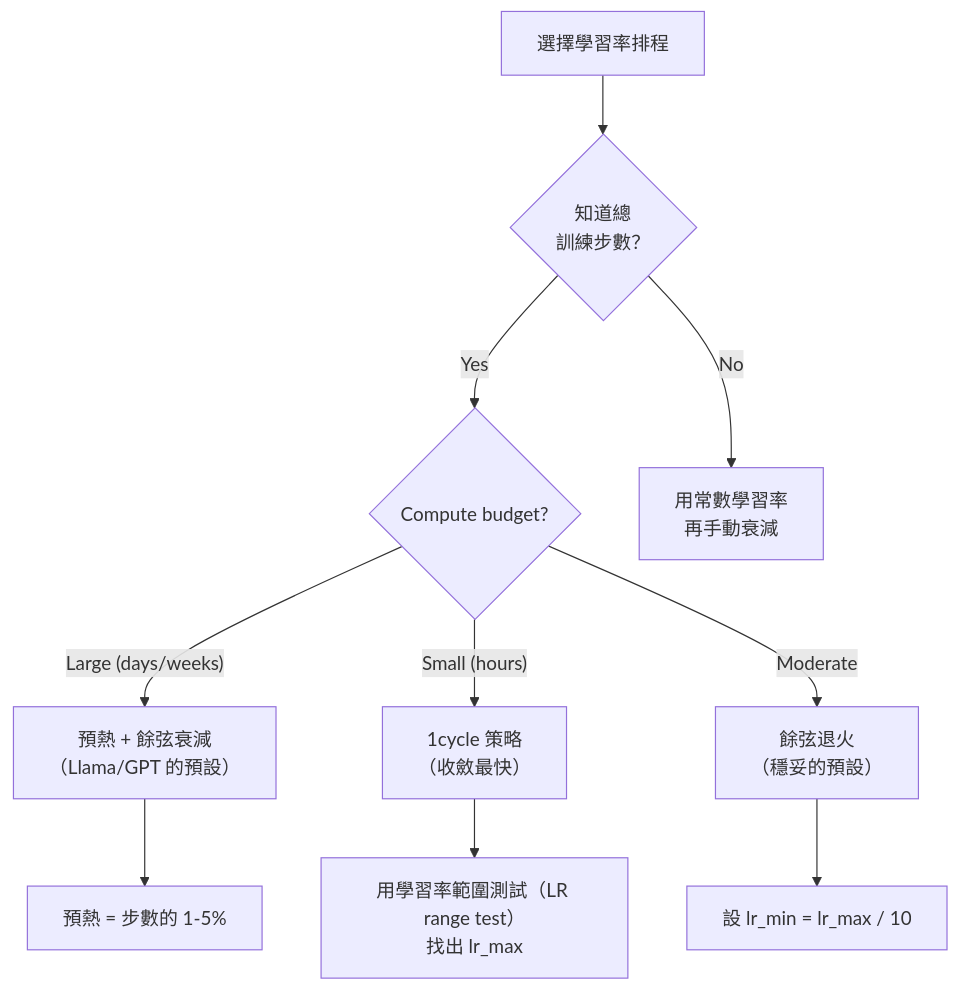
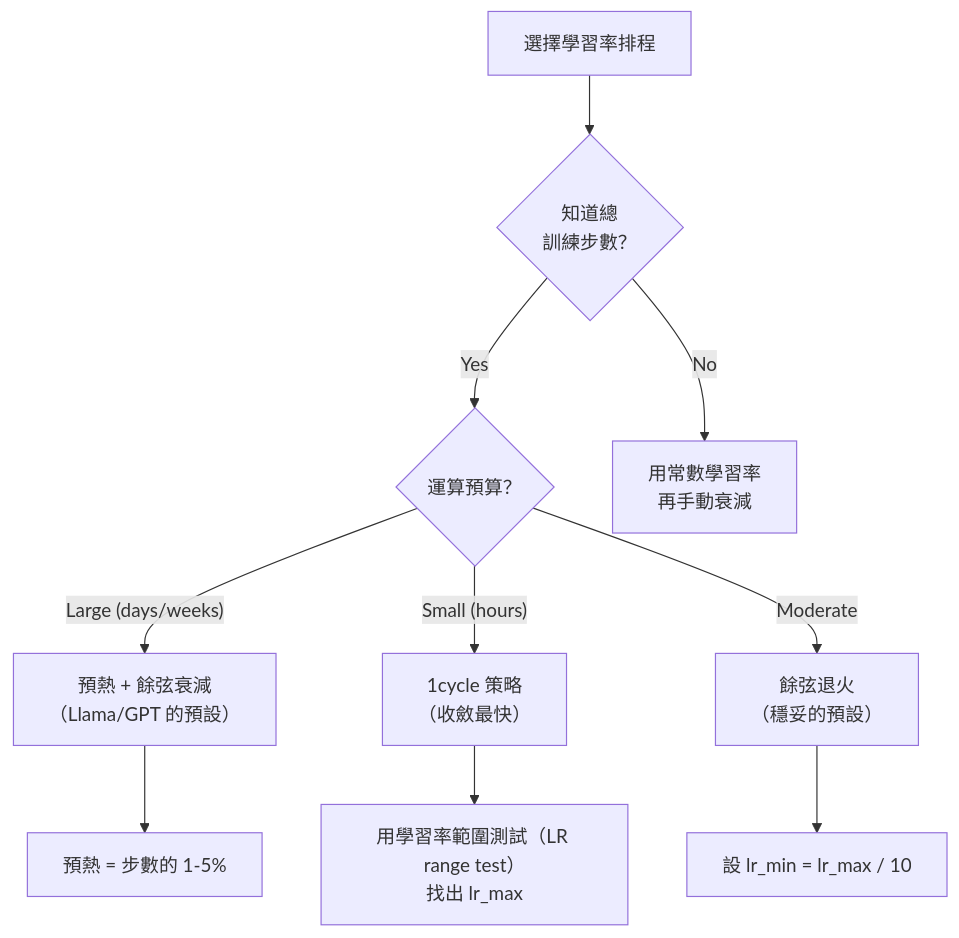
One commit to edward821220/ai-engineering-from-scratch changed the second of 3 diagrams in i18n/zh-TW/phases/03-deep-learning-core/09-learning-rate-schedules/docs/zh-TW.md. Above: the diagram before and after it, drawn with Mermaid. The commit also changed 123 other files, not shown here.

````diff
--- a/i18n/zh-TW/phases/03-deep-learning-core/09-learning-rate-schedules/docs/zh-TW.md
+++ b/i18n/zh-TW/phases/03-deep-learning-core/09-learning-rate-schedules/docs/zh-TW.md
@@ -127,15 +127,15 @@
 ```mermaid
 flowchart TD
     Start["選擇學習率排程"] --> Know{"知道總<br/>訓練步數？"}
 
-    Know -->|"Yes"| Budget{"Compute budget?"}
+    Know -->|"Yes"| Budget{"運算預算？"}
     Know -->|"No"| Constant["用常數學習率<br/>再手動衰減"]
 
     Budget -->|"Large (days/weeks)"| WarmCos["預熱 + 餘弦衰減<br/>（Llama/GPT 的預設）"]
     Budget -->|"Small (hours)"| OneCycle["1cycle 策略<br/>（收斂最快）"]
     Budget -->|"Moderate"| Cosine["餘弦退火<br/>（穩妥的預設）"]
 
     WarmCos --> Warmup["預熱 = 步數的 1-5%"]
     OneCycle --> FindLR["用學習率範圍測試（LR range test）<br/>找出 lr_max"]
     Cosine --> MinLR["設 lr_min = lr_max / 10"]
 ```
````
